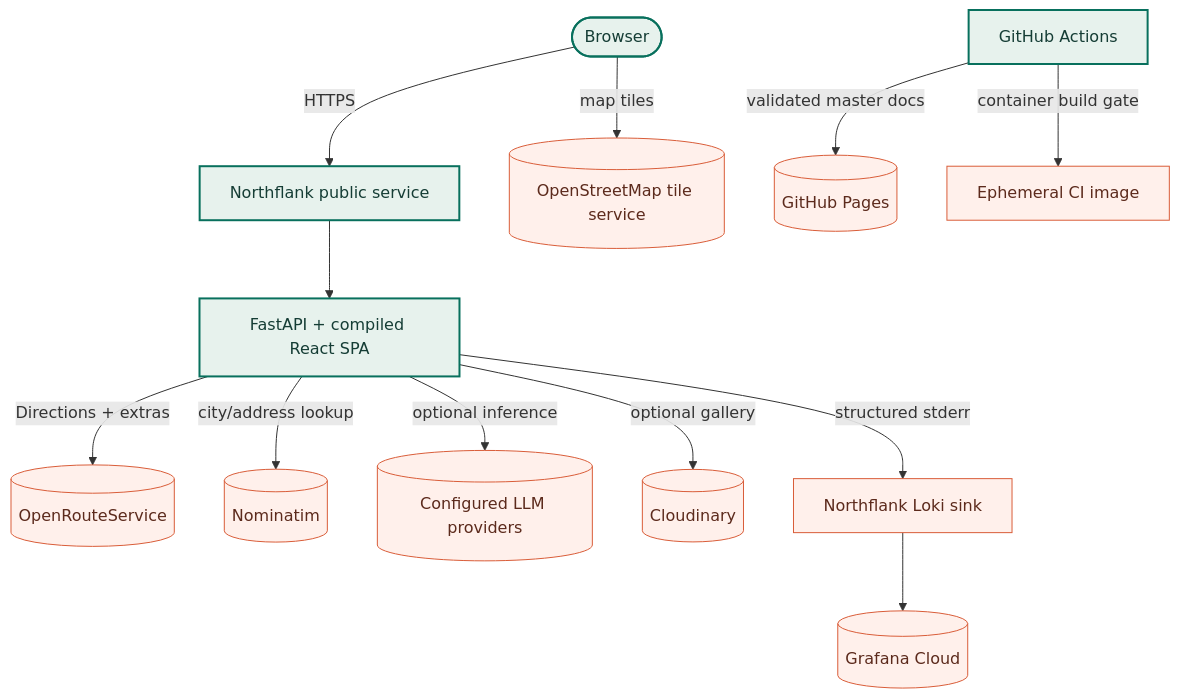
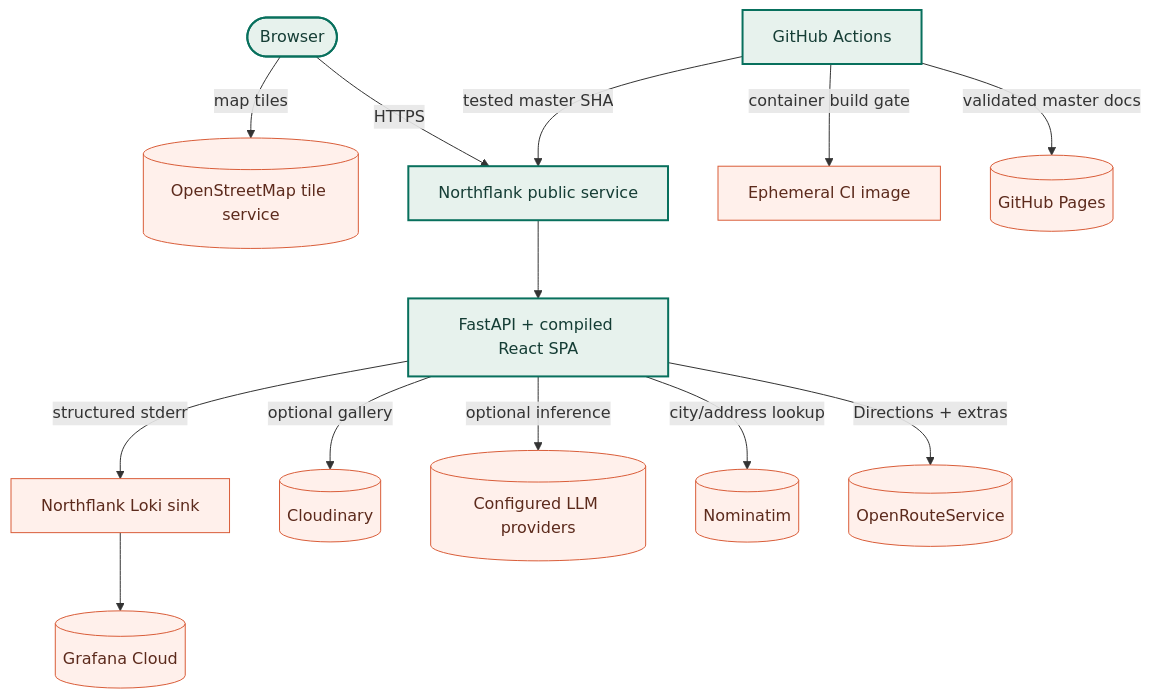
The first of 4 diagrams in docs/implementation/runtime-reliability.md (ak91hu/CityShapeRunner), drawn with Mermaid before and after one commit. The commit also changed other lines of this file and 52 other files, not shown here.

````diff
--- a/docs/implementation/runtime-reliability.md
+++ b/docs/implementation/runtime-reliability.md
@@ -9,19 +9,20 @@
 ```mermaid
 flowchart TB
     User([Browser]) -->|HTTPS| NF[Northflank public service]
     NF --> App[FastAPI + compiled React SPA]
     App -->|Directions + extras| ORS[(OpenRouteService)]
     App -->|city/address lookup| NOM[(Nominatim)]
     App -->|optional inference| LLM[(Configured LLM providers)]
     App -->|optional gallery| Cloud[(Cloudinary)]
     User -->|map tiles| OSM[(OpenStreetMap tile service)]
     App -->|structured stderr| Sink[Northflank Loki sink]
     Sink --> Grafana[(Grafana Cloud)]
     GitHub[GitHub Actions] -->|validated master docs| Pages[(GitHub Pages)]
     GitHub -->|container build gate| RegistryCheck[Ephemeral CI image]
+    GitHub -->|tested master SHA| NF
 
     classDef core fill:#e7f2ed,stroke:#08705d,color:#153d35,stroke-width:2px;
     classDef external fill:#fff0eb,stroke:#d95d39,color:#5c2a1c;
     class User,NF,App,GitHub core;
     class ORS,NOM,LLM,Cloud,OSM,Sink,Grafana,Pages,RegistryCheck external;
 ```
````
